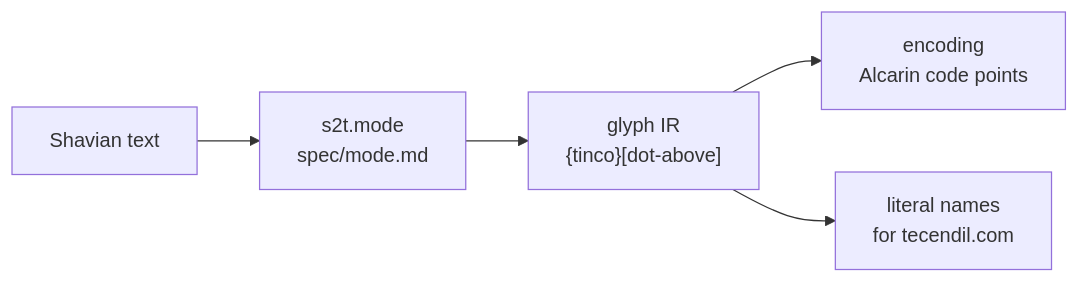
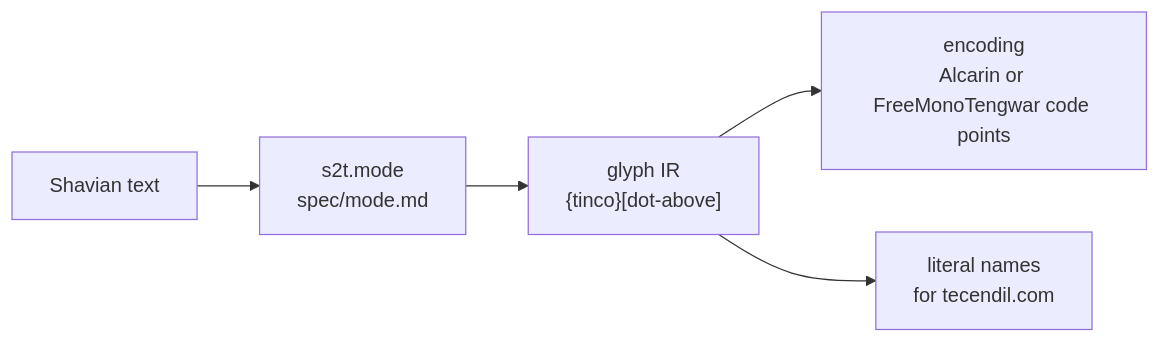
The diagram in README.md (alexsasharegan/shavian2tengwar), drawn with Mermaid before and after one commit. The commit also changed other lines of this file and 27 other files, not shown here.

First line of the commit message:
Project 0003: FreeMonoTengwar encoding and the encoding contract (#3)

````diff
--- a/README.md
+++ b/README.md
@@ -63,7 +65,7 @@
 ```mermaid
 flowchart LR
     A["Shavian text"] --> B["s2t.mode<br/>spec/mode.md"]
     B --> C["glyph IR<br/>{tinco}[dot-above]"]
-    C --> D["encoding<br/>Alcarin code points"]
+    C --> D["encoding<br/>Alcarin or FreeMonoTengwar code points"]
     C --> E["literal names<br/>for tecendil.com"]
 ```
````
